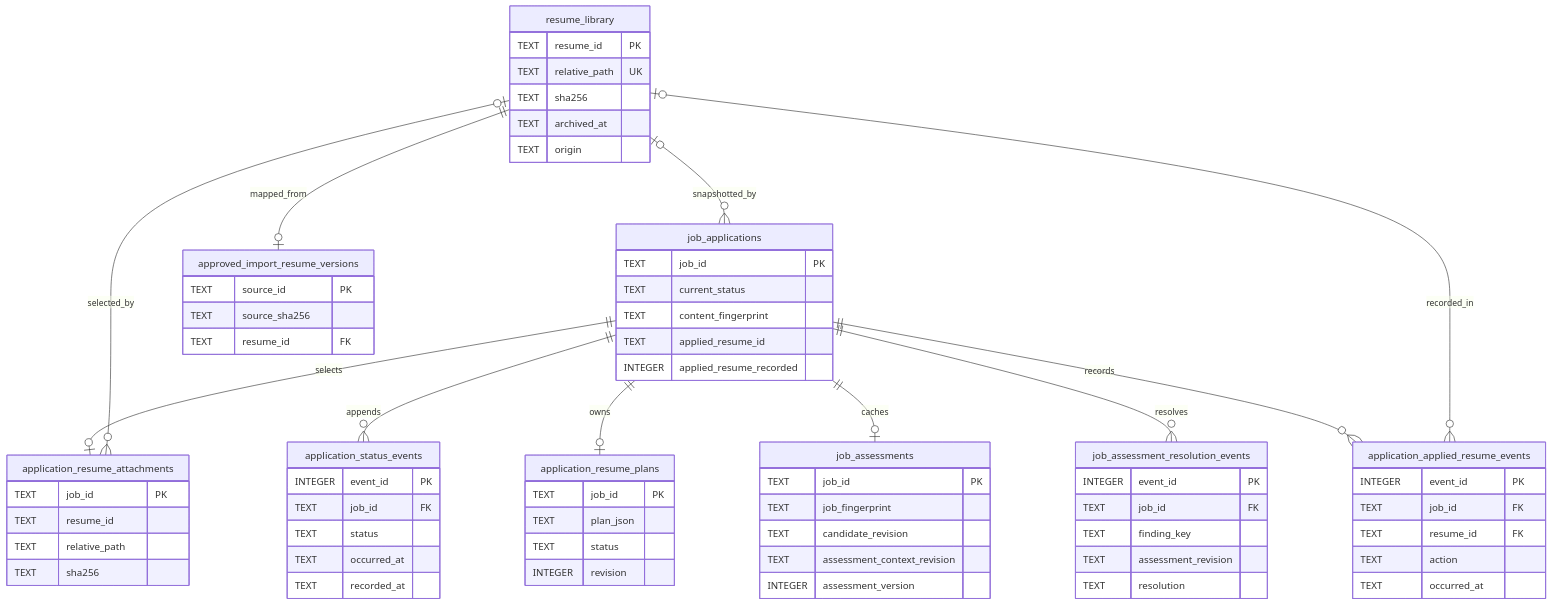
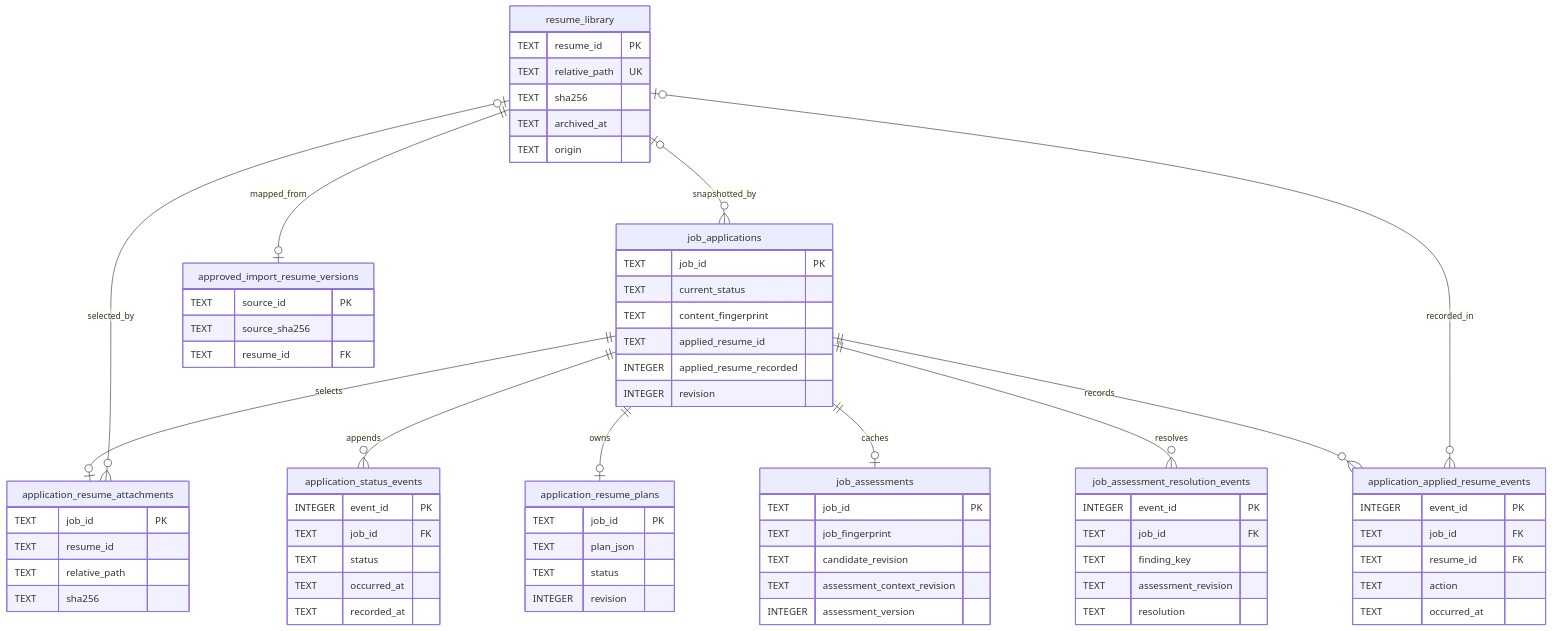
One commit to prplkane/career-hub changed the sixth of 24 diagrams in docs/reference/architecture_atlas.md. Above: the diagram before and after it, drawn with Mermaid. The commit also changed other lines of this file and 69 other files, not shown here.

First line of the commit message:
Surface unparsed JD sections, accept Word DOCX markers, schema v28

````diff
--- a/docs/reference/architecture_atlas.md
+++ b/docs/reference/architecture_atlas.md
@@ -453,73 +453,74 @@
 ```mermaid
 erDiagram
   job_applications ||--o{ application_status_events : appends
   job_applications ||--o| application_resume_attachments : selects
   job_applications ||--o| application_resume_plans : owns
   job_applications ||--o| job_assessments : caches
   job_applications ||--o{ job_assessment_resolution_events : resolves
   job_applications ||--o{ application_applied_resume_events : records
   resume_library o|--o{ application_resume_attachments : selected_by
   resume_library o|--o{ job_applications : snapshotted_by
   resume_library o|--o{ application_applied_resume_events : recorded_in
   resume_library ||--o| approved_import_resume_versions : mapped_from
 
   job_applications {
     TEXT job_id PK
     TEXT current_status
     TEXT content_fingerprint
     TEXT applied_resume_id
     INTEGER applied_resume_recorded
+    INTEGER revision
   }
   application_status_events {
     INTEGER event_id PK
     TEXT job_id FK
     TEXT status
     TEXT occurred_at
     TEXT recorded_at
   }
   application_resume_attachments {
     TEXT job_id PK
     TEXT resume_id
     TEXT relative_path
     TEXT sha256
   }
   application_resume_plans {
     TEXT job_id PK
     TEXT plan_json
     TEXT status
     INTEGER revision
   }
   job_assessments {
     TEXT job_id PK
     TEXT job_fingerprint
     TEXT candidate_revision
     TEXT assessment_context_revision
     INTEGER assessment_version
   }
   job_assessment_resolution_events {
     INTEGER event_id PK
     TEXT job_id FK
     TEXT finding_key
     TEXT assessment_revision
     TEXT resolution
   }
   resume_library {
     TEXT resume_id PK
     TEXT relative_path UK
     TEXT sha256
     TEXT archived_at
     TEXT origin
   }
   application_applied_resume_events {
     INTEGER event_id PK
     TEXT job_id FK
     TEXT resume_id FK
     TEXT action
     TEXT occurred_at
   }
   approved_import_resume_versions {
     TEXT source_id PK
     TEXT source_sha256
     TEXT resume_id FK
   }
 ```
````
